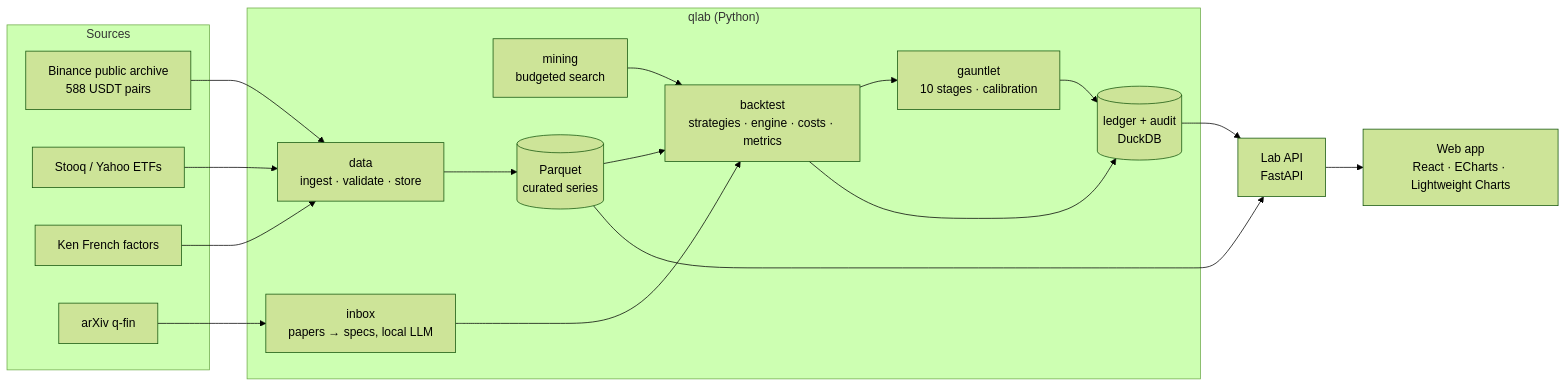
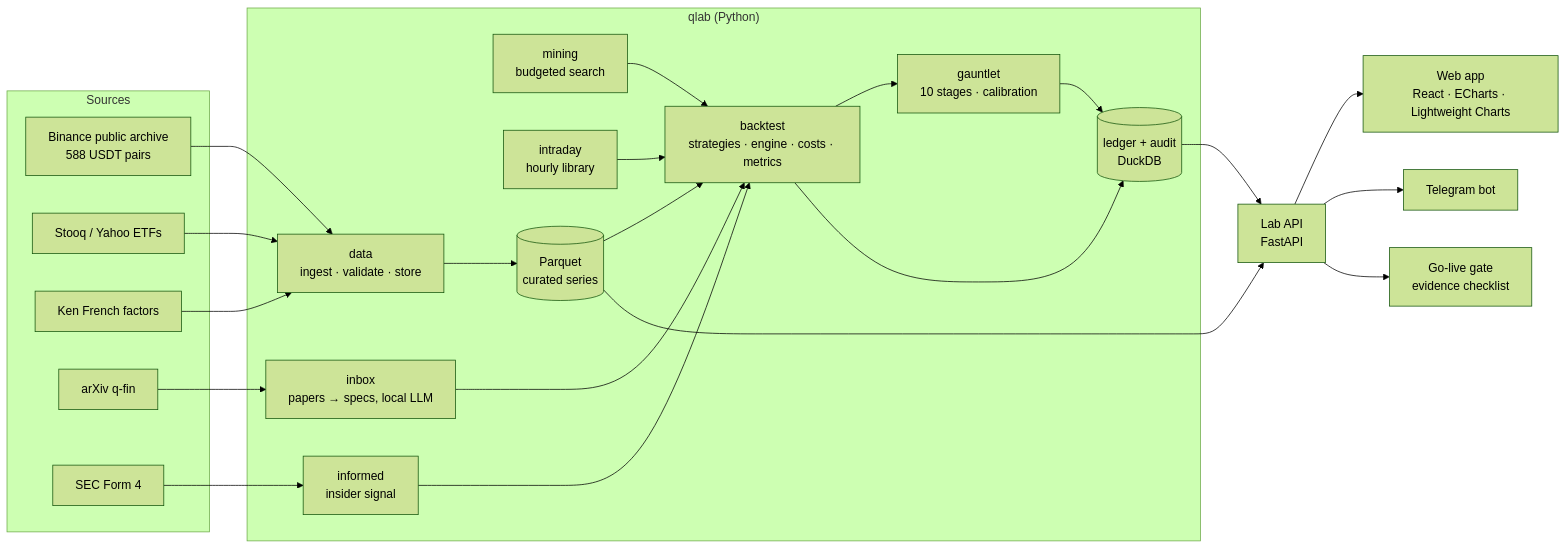
The diagram in README.md (discoenmarte/quant-lab), drawn with Mermaid (forest theme) before and after one commit. The commit also changed other lines of this file and 2 other files, not shown here.

````diff
--- a/README.md
+++ b/README.md
@@ -61,28 +72,35 @@
 ```mermaid
 flowchart LR
   subgraph Sources
     S1[Binance public archive<br/>588 USDT pairs]
     S2[Stooq / Yahoo ETFs]
     S3[Ken French factors]
     S4[arXiv q-fin]
+    S5[SEC Form 4]
   end
   subgraph Lab["qlab (Python)"]
     D[data<br/>ingest · validate · store]
     B[backtest<br/>strategies · engine · costs · metrics]
     G[gauntlet<br/>10 stages · calibration]
     I[inbox<br/>papers → specs, local LLM]
     M[mining<br/>budgeted search]
+    C[informed<br/>insider signal]
+    H[intraday<br/>hourly library]
     L[(ledger + audit<br/>DuckDB)]
     P[(Parquet<br/>curated series)]
   end
   API[Lab API<br/>FastAPI]
   WEB[Web app<br/>React · ECharts · Lightweight Charts]
   S1 & S2 & S3 --> D --> P --> B --> G
   S4 --> I --> B
+  S5 --> C --> B
   M --> B
+  H --> B
   B --> L
   G --> L
   L --> API
   P --> API
   API --> WEB
+  API --> BOT[Telegram bot]
+  API --> GATE[Go-live gate<br/>evidence checklist]
 ```
````
